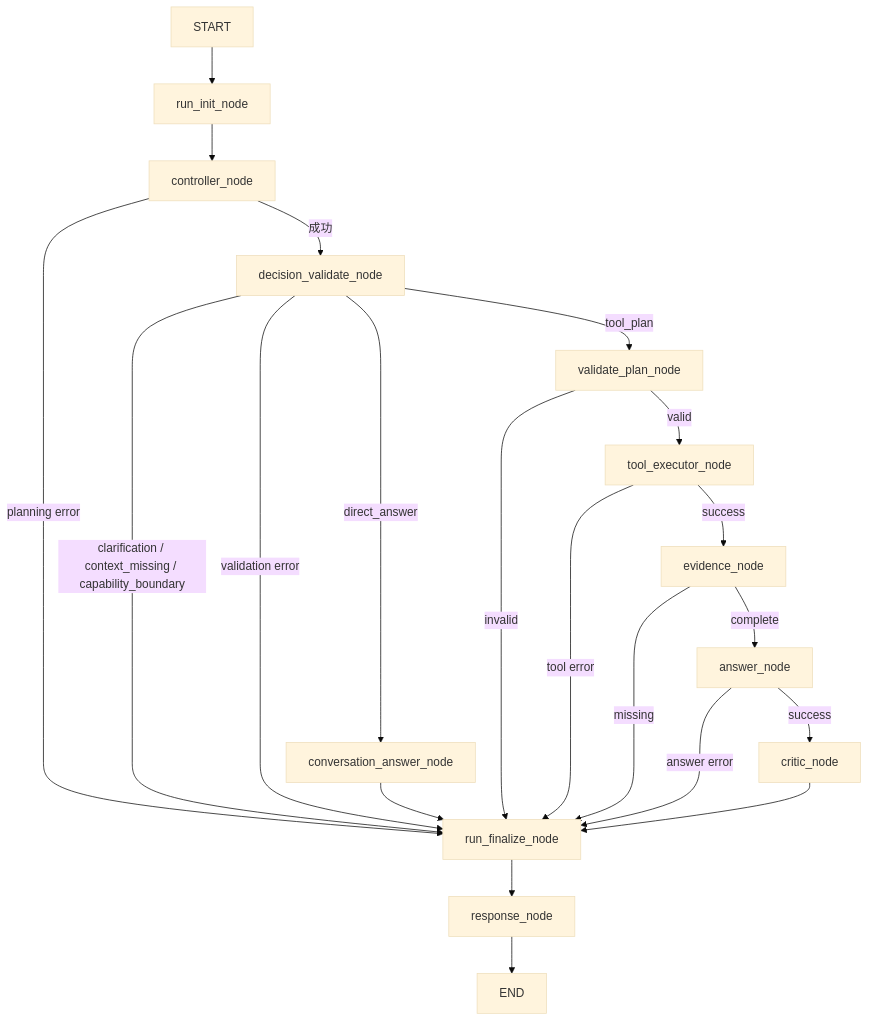
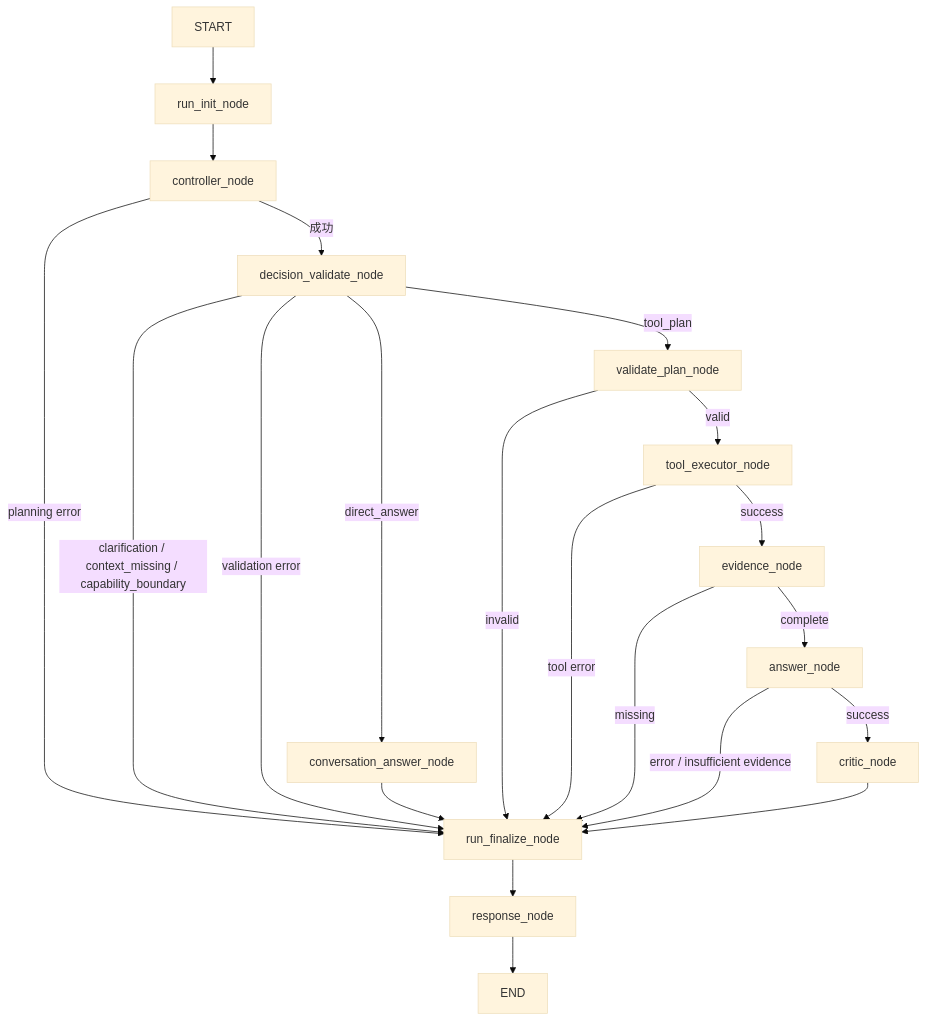
The second of 5 diagrams in docs/design/architecture/整体架构.md (Philip23333/DotaMind), drawn with Mermaid (base theme) before and after one commit. The commit also changed other lines of this file and 47 other files, not shown here.

````diff
--- a/docs/design/architecture/整体架构.md
+++ b/docs/design/architecture/整体架构.md
@@ -53,28 +53,28 @@
 ```mermaid
 flowchart TD
     Start["START"] --> RunInit["run_init_node"]
     RunInit --> Controller["controller_node"]
 
     Controller -->|"成功"| DecisionValidate["decision_validate_node"]
     Controller -->|"planning error"| RunFinalize["run_finalize_node"]
 
     DecisionValidate -->|"direct_answer"| Conversation["conversation_answer_node"]
     DecisionValidate -->|"tool_plan"| Validate["validate_plan_node"]
     DecisionValidate -->|"clarification / context_missing / capability_boundary"| RunFinalize
     DecisionValidate -->|"validation error"| RunFinalize
 
     Conversation --> RunFinalize
     Validate -->|"valid"| Tools["tool_executor_node"]
     Validate -->|"invalid"| RunFinalize
 
     Tools -->|"success"| Evidence["evidence_node"]
     Tools -->|"tool error"| RunFinalize
     Evidence -->|"complete"| Answer["answer_node"]
     Evidence -->|"missing"| RunFinalize
     Answer -->|"success"| Critic["critic_node"]
-    Answer -->|"answer error"| RunFinalize
+    Answer -->|"error / insufficient evidence"| RunFinalize
     Critic --> RunFinalize
 
     RunFinalize --> Response["response_node"]
     Response --> End["END"]
 ```
````
